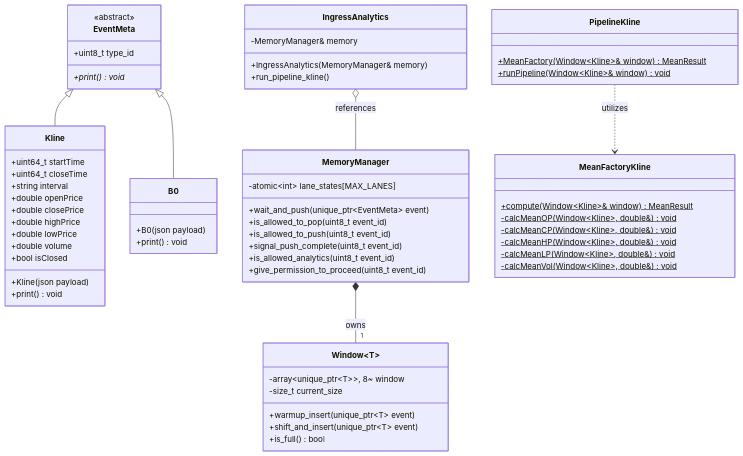
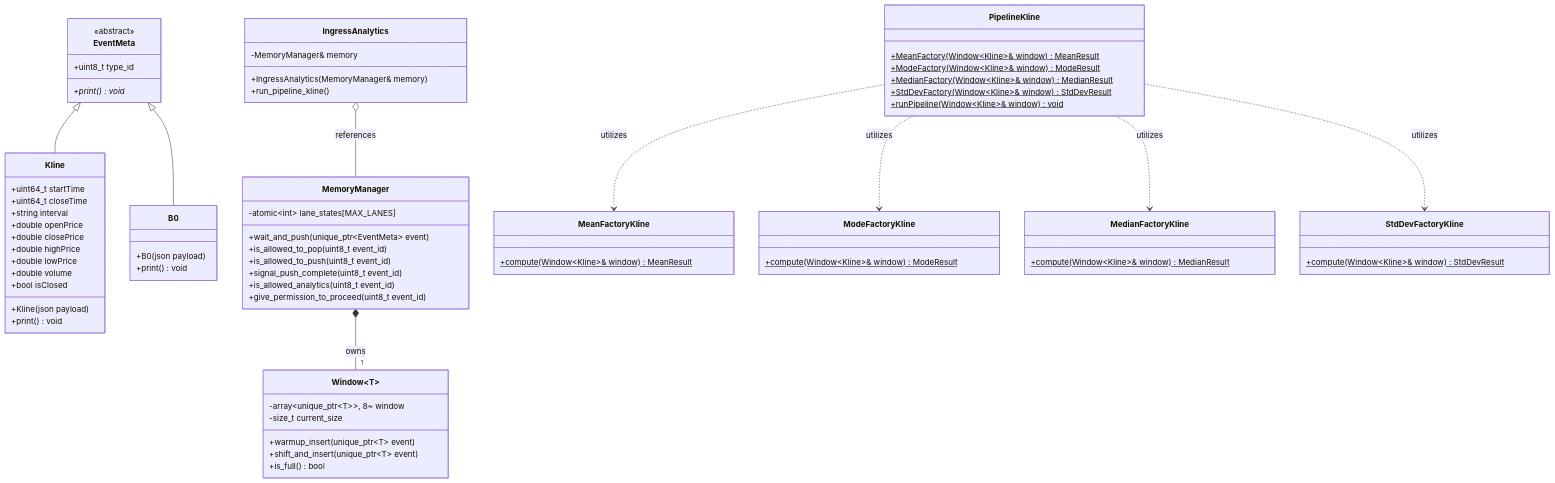
One commit to salmanamir95/rt-da-btc changed the first of 8 diagrams in docs/architecture_diagrams.md. Above: the diagram before and after it, drawn with Mermaid. The commit also changed other lines of this file and 1 other file, not shown here.

````diff
--- a/docs/architecture_diagrams.md
+++ b/docs/architecture_diagrams.md
@@ -82,17 +82,27 @@
 
     class PipelineKline {
         +MeanFactory(Window~Kline~& window)$ MeanResult
+        +ModeFactory(Window~Kline~& window)$ ModeResult
+        +MedianFactory(Window~Kline~& window)$ MedianResult
+        +StdDevFactory(Window~Kline~& window)$ StdDevResult
         +runPipeline(Window~Kline~& window)$ void
     }
     
     class MeanFactoryKline {
         +compute(Window~Kline~& window)$ MeanResult
-        -calcMeanOP(Window~Kline~, double&)$ void
-        -calcMeanCP(Window~Kline~, double&)$ void
-        -calcMeanHP(Window~Kline~, double&)$ void
-        -calcMeanLP(Window~Kline~, double&)$ void
-        -calcMeanVol(Window~Kline~, double&)$ void
+    }
+    class ModeFactoryKline {
+        +compute(Window~Kline~& window)$ ModeResult
+    }
+    class MedianFactoryKline {
+        +compute(Window~Kline~& window)$ MedianResult
+    }
+    class StdDevFactoryKline {
+        +compute(Window~Kline~& window)$ StdDevResult
     }
 
     PipelineKline ..> MeanFactoryKline : utilizes
+    PipelineKline ..> ModeFactoryKline : utilizes
+    PipelineKline ..> MedianFactoryKline : utilizes
+    PipelineKline ..> StdDevFactoryKline : utilizes
 ```
````
